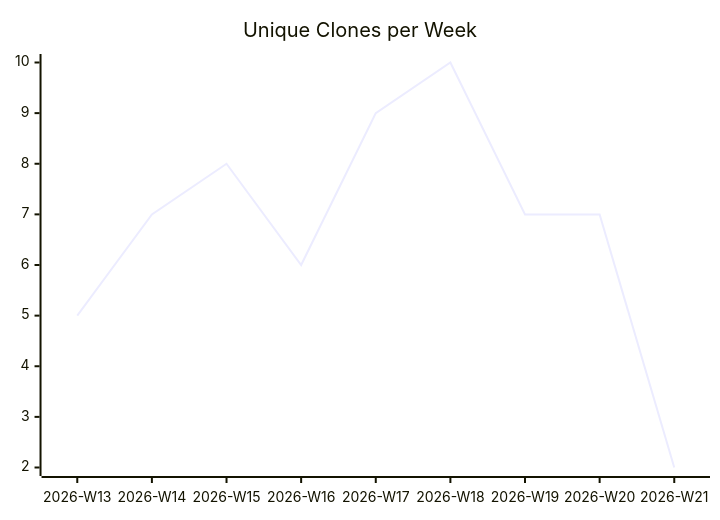
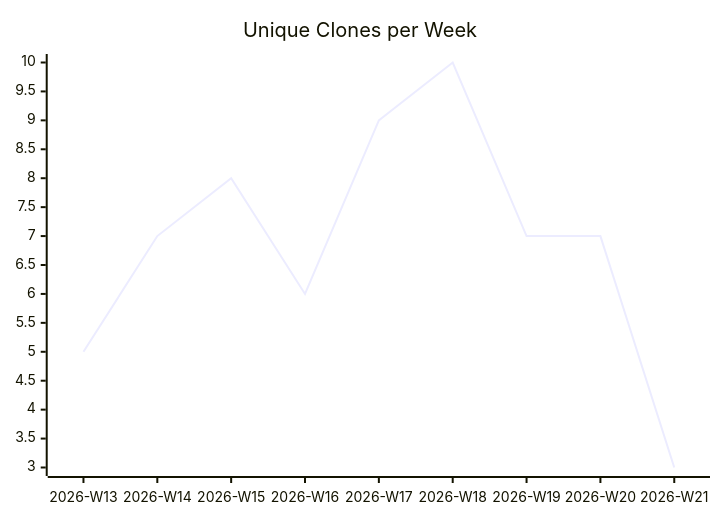
The third of 3 diagrams in karlmdavis/ansible-role-jenkins2/README.md (justdavis-family/github-analytics-data), drawn with Mermaid before and after one commit. The commit also changed other lines of this file and 187 other files, not shown here.

````diff
--- a/karlmdavis/ansible-role-jenkins2/README.md
+++ b/karlmdavis/ansible-role-jenkins2/README.md
@@ -19,6 +19,6 @@
 ```mermaid
 xychart-beta
   title "Unique Clones per Week"
   x-axis ["2026-W13", "2026-W14", "2026-W15", "2026-W16", "2026-W17", "2026-W18", "2026-W19", "2026-W20", "2026-W21"]
-  line [5, 7, 8, 6, 9, 10, 7, 7, 2]
+  line [5, 7, 8, 6, 9, 10, 7, 7, 3]
 ```
````
